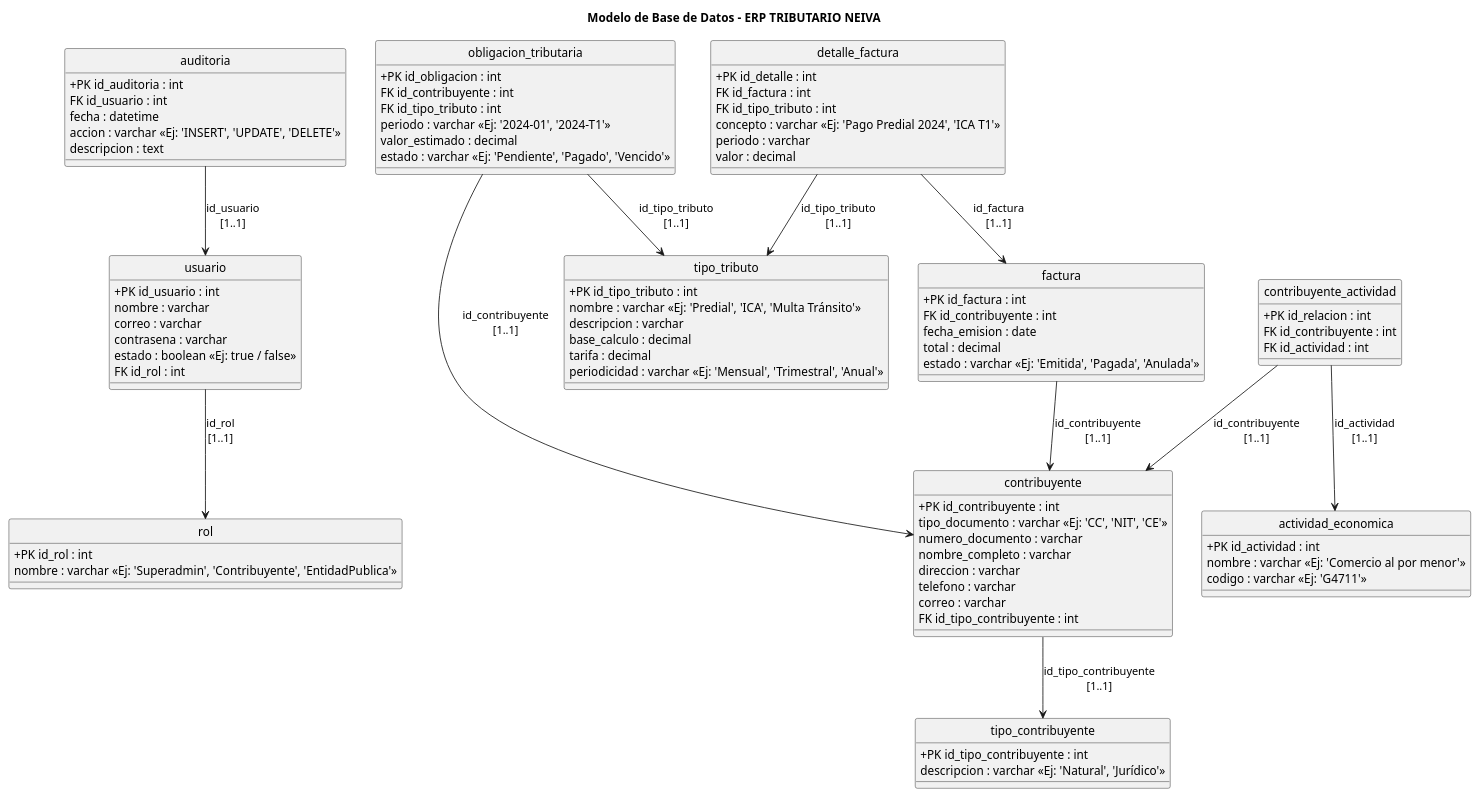
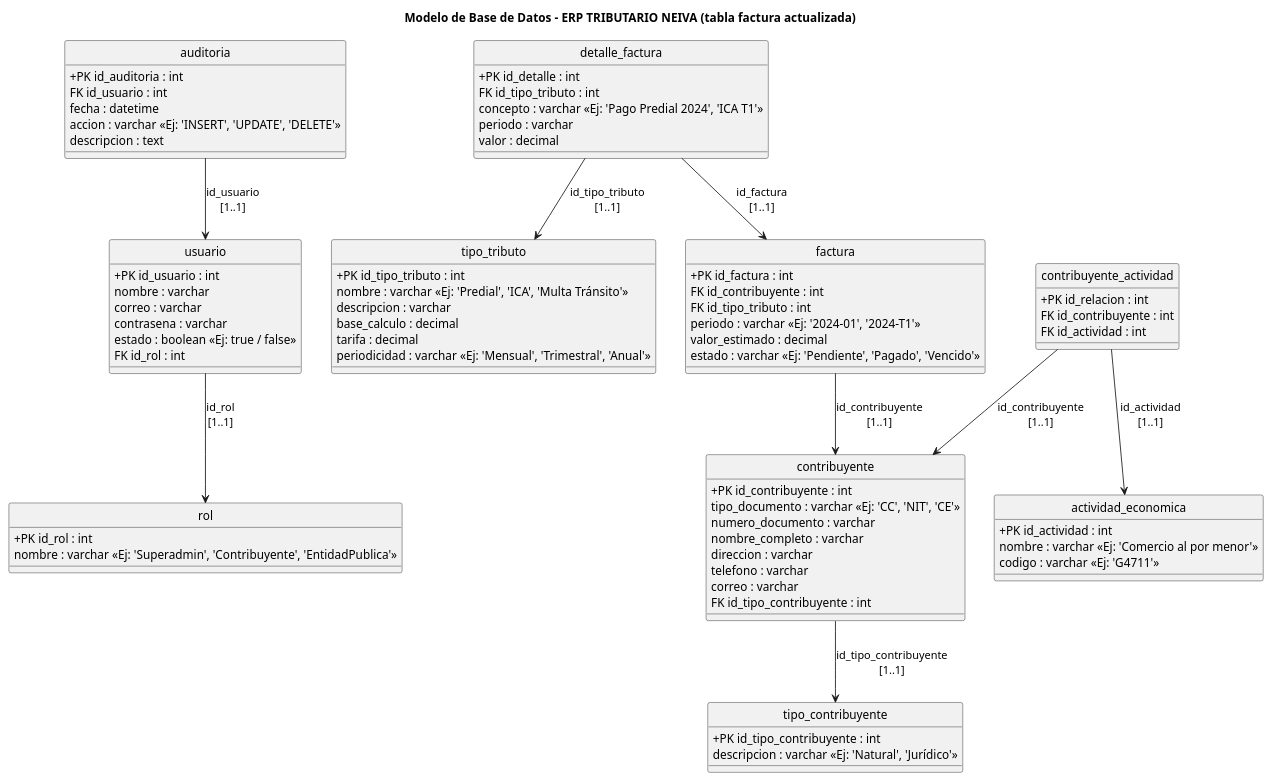
The diagram in DISEÑO DE SISTEMAS_PROJECT/08_ Modelo BD & Modelo C4/MODELO BD/modelo_bd.wsd (AsolanoT/Dise-o_Sistemas_2025), drawn with PlantUML before and after one commit. The commit also changed 2 other files, not shown here.

Commit message:
actualice el modelo bd dque mando jordan

```diff
--- a/DISEÑO DE SISTEMAS_PROJECT/08_ Modelo BD & Modelo C4/MODELO BD/modelo_bd.wsd
+++ b/DISEÑO DE SISTEMAS_PROJECT/08_ Modelo BD & Modelo C4/MODELO BD/modelo_bd.wsd
@@ -1,106 +1,92 @@
 @startuml
-' Estilo para destacar claves
 hide circle
 skinparam classAttributeIconSize 0
 
-title Modelo de Base de Datos - ERP TRIBUTARIO NEIVA
+title Modelo de Base de Datos - ERP TRIBUTARIO NEIVA (tabla factura actualizada)
 
-' Tablas principales
 class usuario {
   +PK id_usuario : int
   nombre : varchar
   correo : varchar
   contrasena : varchar
   estado : boolean <<Ej: true / false>>
   FK id_rol : int
 }
 
 class rol {
   +PK id_rol : int
   nombre : varchar <<Ej: 'Superadmin', 'Contribuyente', 'EntidadPublica'>>
 }
 
 class contribuyente {
   +PK id_contribuyente : int
   tipo_documento : varchar <<Ej: 'CC', 'NIT', 'CE'>>
   numero_documento : varchar
   nombre_completo : varchar
   direccion : varchar
   telefono : varchar
   correo : varchar
   FK id_tipo_contribuyente : int
 }
 
 class tipo_contribuyente {
   +PK id_tipo_contribuyente : int
   descripcion : varchar <<Ej: 'Natural', 'Jurídico'>>
 }
 
 class tipo_tributo {
   +PK id_tipo_tributo : int
   nombre : varchar <<Ej: 'Predial', 'ICA', 'Multa Tránsito'>>
   descripcion : varchar
   base_calculo : decimal
   tarifa : decimal
   periodicidad : varchar <<Ej: 'Mensual', 'Trimestral', 'Anual'>>
 }
 
-class obligacion_tributaria {
-  +PK id_obligacion : int
+class factura {
+  +PK id_factura : int
   FK id_contribuyente : int
   FK id_tipo_tributo : int
   periodo : varchar <<Ej: '2024-01', '2024-T1'>>
   valor_estimado : decimal
   estado : varchar <<Ej: 'Pendiente', 'Pagado', 'Vencido'>>
 }
 
-class factura {
-  +PK id_factura : int
-  FK id_contribuyente : int
-  fecha_emision : date
-  total : decimal
-  estado : varchar <<Ej: 'Emitida', 'Pagada', 'Anulada'>>
-}
-
 class detalle_factura {
   +PK id_detalle : int
-  FK id_factura : int
   FK id_tipo_tributo : int
   concepto : varchar <<Ej: 'Pago Predial 2024', 'ICA T1'>>
   periodo : varchar
   valor : decimal
 }
 
 class actividad_economica {
   +PK id_actividad : int
   nombre : varchar <<Ej: 'Comercio al por menor'>>
   codigo : varchar <<Ej: 'G4711'>>
 }
 
 class contribuyente_actividad {
   +PK id_relacion : int
   FK id_contribuyente : int
   FK id_actividad : int
 }
 
 class auditoria {
   +PK id_auditoria : int
   FK id_usuario : int
   fecha : datetime
   accion : varchar <<Ej: 'INSERT', 'UPDATE', 'DELETE'>>
   descripcion : text
 }
 
-' Relaciones (con cardinalidades anotadas)
 usuario --> rol : id_rol\n[1..1]
 contribuyente --> tipo_contribuyente : id_tipo_contribuyente\n[1..1]
-obligacion_tributaria --> contribuyente : id_contribuyente\n[1..1]
-obligacion_tributaria --> tipo_tributo : id_tipo_tributo\n[1..1]
 factura --> contribuyente : id_contribuyente\n[1..1]
 detalle_factura --> factura : id_factura\n[1..1]
 detalle_factura --> tipo_tributo : id_tipo_tributo\n[1..1]
 contribuyente_actividad --> contribuyente : id_contribuyente\n[1..1]
 contribuyente_actividad --> actividad_economica : id_actividad\n[1..1]
 auditoria --> usuario : id_usuario\n[1..1]
 
 @enduml
```
